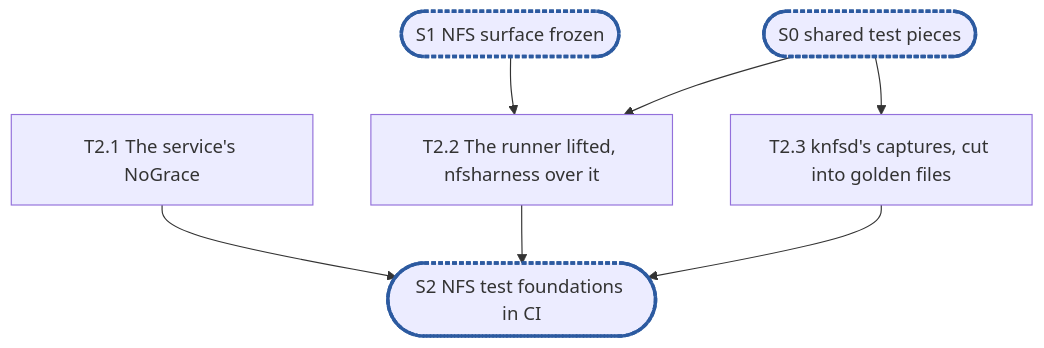
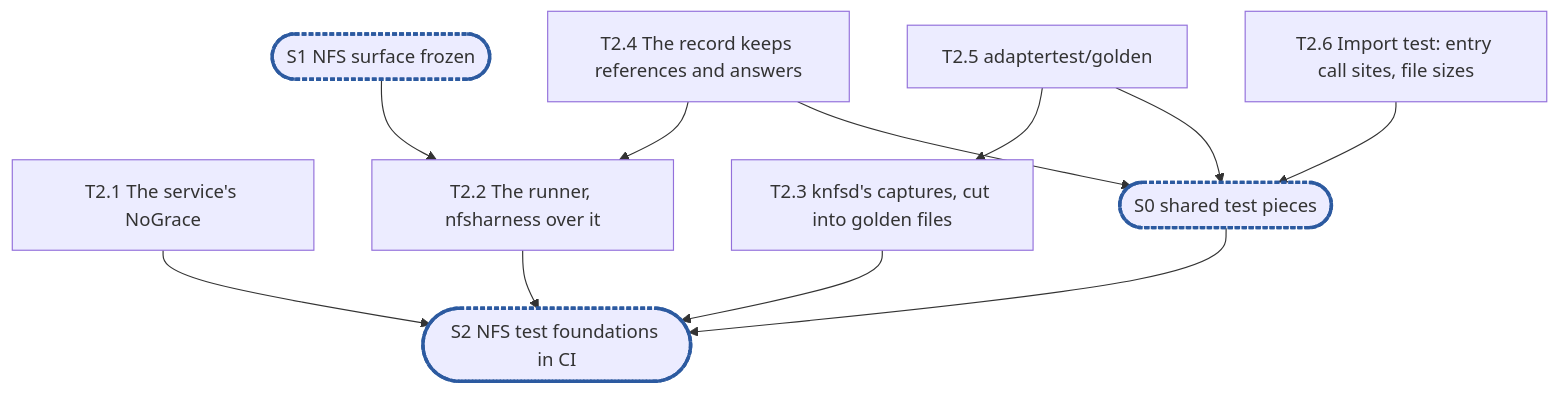
The diagram in .planning/rfc-21-nfs-epic2.md (cubbit/dittofs), drawn with Mermaid before and after one commit. The commit also changed other lines of this file and 2 other files, not shown here.

First line of the commit message:
docs(planning): build S0's shared test pieces in RFC 21's epic 2

````diff
--- a/.planning/rfc-21-nfs-epic2.md
+++ b/.planning/rfc-21-nfs-epic2.md
@@ -356,10 +541,12 @@
 ```mermaid
 flowchart TD
   S1(["S1 NFS surface frozen"]):::sync
-  S0(["S0 shared test pieces"]):::sync
   T2_1["T2.1 The service's NoGrace"]
-  S1 & S0 --> T2_2["T2.2 The runner lifted, nfsharness over it"]
-  S0 --> T2_3["T2.3 knfsd's captures, cut into golden files"]
-  T2_1 & T2_2 & T2_3 --> S2(["S2 NFS test foundations in CI"]):::sync
+  T2_4["T2.4 The record keeps references and answers"] --> T2_2["T2.2 The runner, nfsharness over it"]
+  S1 --> T2_2
+  T2_5["T2.5 adaptertest/golden"] --> T2_3["T2.3 knfsd's captures, cut into golden files"]
+  T2_6["T2.6 Import test: entry call sites, file sizes"]
+  T2_4 & T2_5 & T2_6 --> S0(["S0 shared test pieces"]):::sync
+  T2_1 & T2_2 & T2_3 & S0 --> S2(["S2 NFS test foundations in CI"]):::sync
   classDef sync stroke:#2c5aa0,stroke-width:3px,stroke-dasharray:4 2
 ```
````
